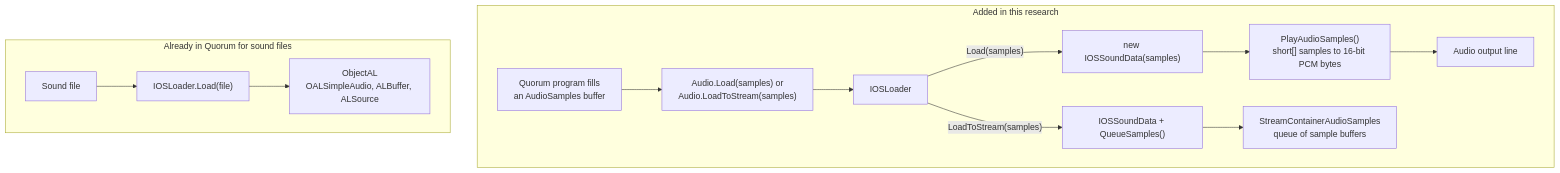
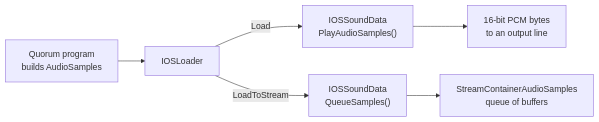
One commit to jamesEmerson112/iOS-audio-demo-for-Quorum-language changed the diagram in README.md. Above: the diagram before and after it, drawn with Mermaid. The commit also changed other lines of this file, not shown here.

Commit message:
Simplify the README diagram so it fits GitHub's viewer

````diff
--- a/README.md
+++ b/README.md
@@ -65,16 +65,8 @@
 ```mermaid
-flowchart TD
-    subgraph added [Added in this research]
-        A1["Quorum program fills<br/>an AudioSamples buffer"] --> A2["Audio.Load(samples) or<br/>Audio.LoadToStream(samples)"]
-        A2 --> A3["IOSLoader"]
-        A3 -->|"Load(samples)"| A4["new IOSSoundData(samples)"]
-        A4 --> A5["PlayAudioSamples()<br/>short[] samples to 16-bit PCM bytes"]
-        A5 --> A6["Audio output line"]
-        A3 -->|"LoadToStream(samples)"| A7["IOSSoundData + QueueSamples()"]
-        A7 --> A8["StreamContainerAudioSamples<br/>queue of sample buffers"]
-    end
-    subgraph existing [Already in Quorum for sound files]
-        B1["Sound file"] --> B2["IOSLoader.Load(file)"]
-        B2 --> B3["ObjectAL<br/>OALSimpleAudio, ALBuffer, ALSource"]
-    end
+flowchart LR
+    A["Quorum program<br/>builds AudioSamples"] --> B["IOSLoader"]
+    B -- "Load" --> C["IOSSoundData<br/>PlayAudioSamples()"]
+    C --> D["16-bit PCM bytes<br/>to an output line"]
+    B -- "LoadToStream" --> E["IOSSoundData<br/>QueueSamples()"]
+    E --> F["StreamContainerAudioSamples<br/>queue of buffers"]
 ```
````
